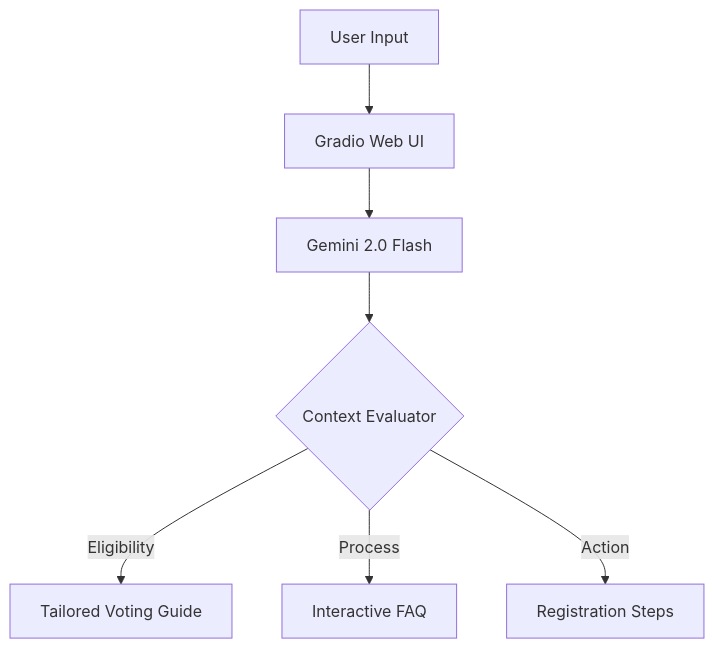
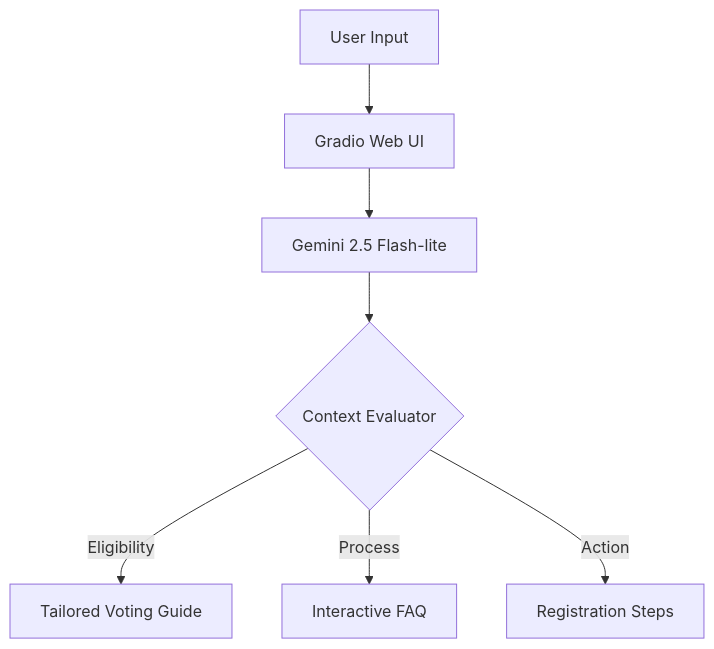
Before and after one commit to exedistrict-ux/AI-Driven-Task-Orchestrator: the diagram in README.md, drawn with Mermaid. The commit also changed other lines of this file and 1 other file, not shown here.

Commit message:
Fix text extraction for multimodal history and update README

````diff
--- a/README.md
+++ b/README.md
@@ -57,9 +57,9 @@
 ```mermaid
 graph TD
     A[User Input] --> B[Gradio Web UI]
-    B --> C[Gemini 2.0 Flash]
+    B --> C[Gemini 2.5 Flash-lite]
     C --> D{Context Evaluator}
     D -->|Eligibility| E[Tailored Voting Guide]
     D -->|Process| F[Interactive FAQ]
     D -->|Action| G[Registration Steps]
 ```
````
